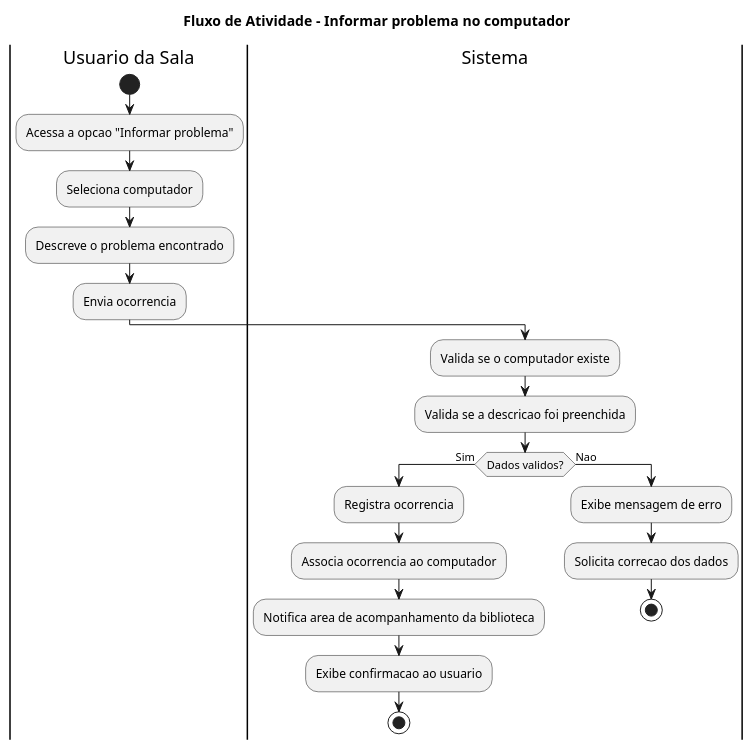
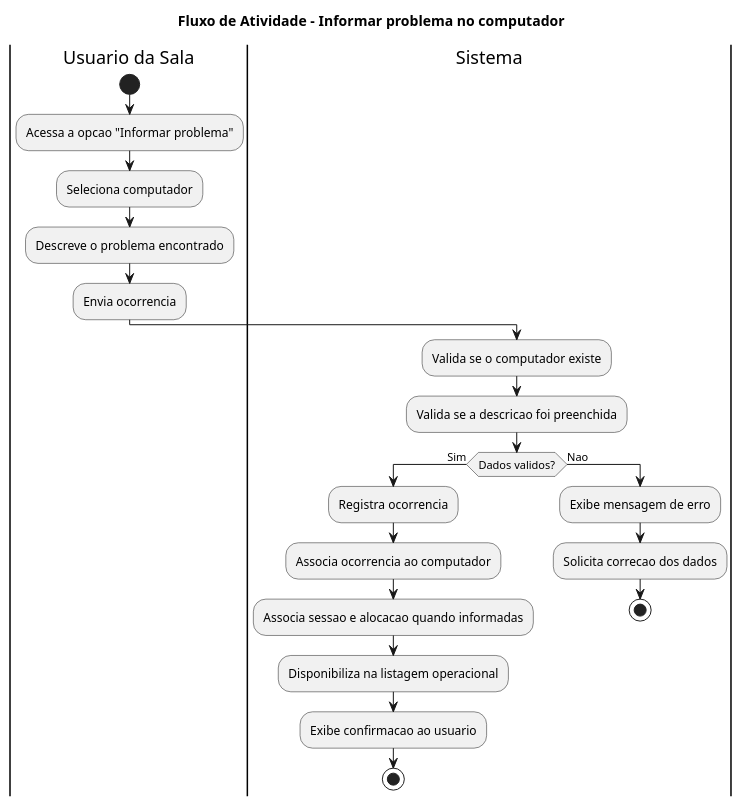
One commit to MarcosVini753/estagio changed the diagram in docs/diagrams/atividades/05-usuario-informar-problema.puml. Above: the diagram before and after it, drawn with PlantUML. The commit also changed 12 other files, not shown here.

```diff
--- a/docs/diagrams/atividades/05-usuario-informar-problema.puml
+++ b/docs/diagrams/atividades/05-usuario-informar-problema.puml
@@ -1,27 +1,28 @@
 @startuml
 title Fluxo de Atividade - Informar problema no computador
 
 |Usuario da Sala|
 start
 :Acessa a opcao "Informar problema";
 :Seleciona computador;
 :Descreve o problema encontrado;
 :Envia ocorrencia;
 
 |Sistema|
 :Valida se o computador existe;
 :Valida se a descricao foi preenchida;
 
 if (Dados validos?) then (Sim)
   :Registra ocorrencia;
   :Associa ocorrencia ao computador;
-  :Notifica area de acompanhamento da biblioteca;
+  :Associa sessao e alocacao quando informadas;
+  :Disponibiliza na listagem operacional;
   :Exibe confirmacao ao usuario;
   stop
 else (Nao)
   :Exibe mensagem de erro;
   :Solicita correcao dos dados;
   stop
 endif
 
 @enduml
```
